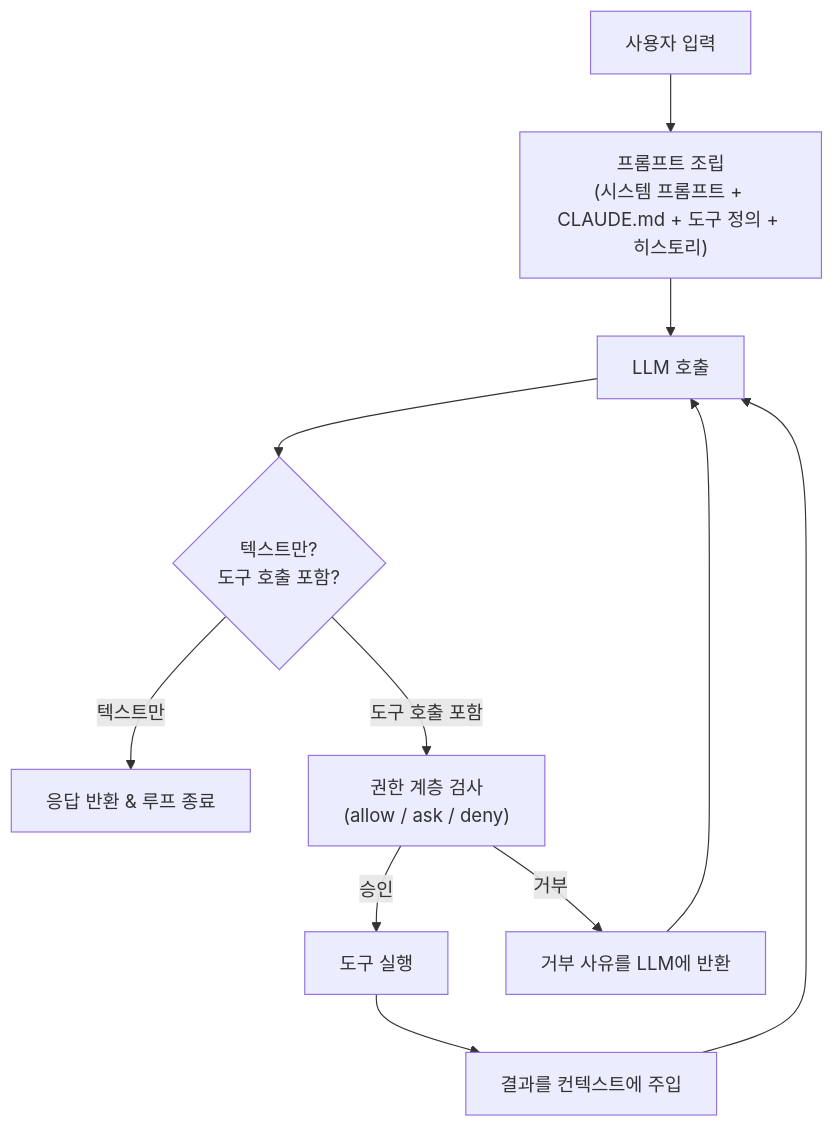
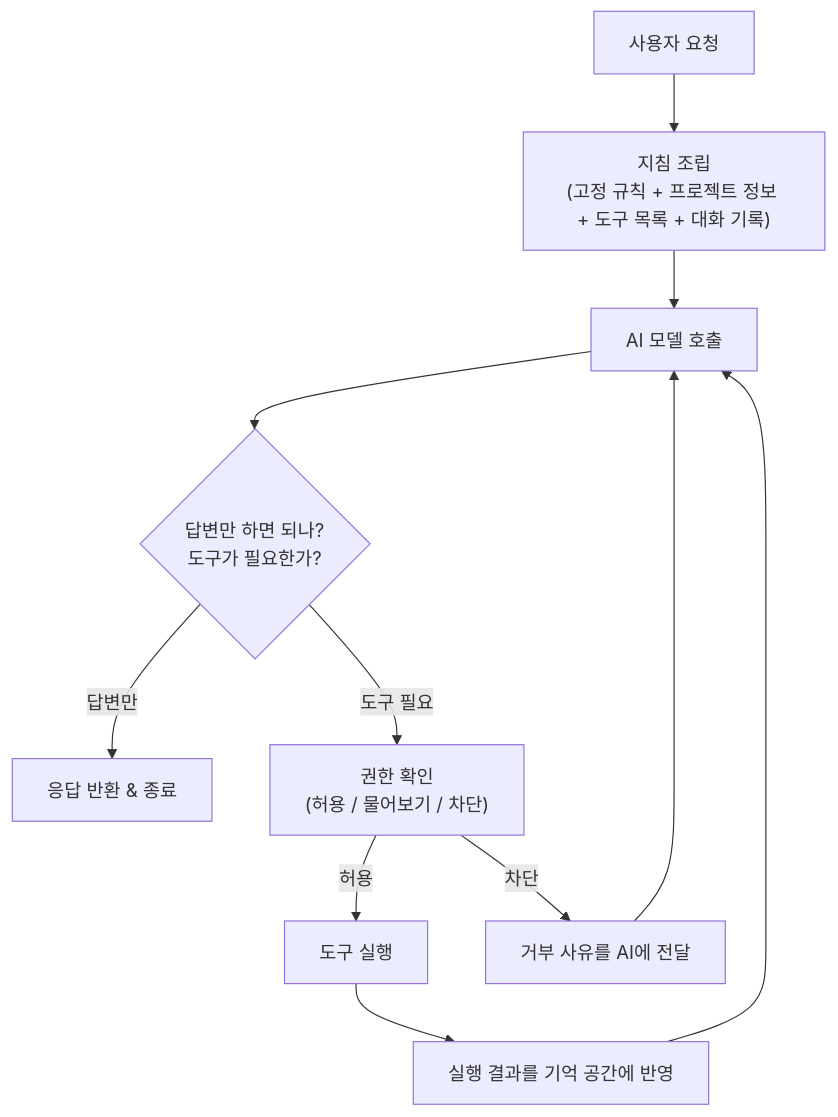
Before and after one commit to 21-Arbiter/Tech_Storage: the first of 3 diagrams in 기술동향/2026-07-21-claude-code-harness.md, drawn with Mermaid. The commit also changed other lines of this file, not shown here.

Commit message:
기술동향: Claude 특정 내용에서 하네스 엔지니어링 일반 개념으로 재구성, 팀 실전 사례 추가

````diff
--- a/기술동향/2026-07-21-claude-code-harness.md
+++ b/기술동향/2026-07-21-claude-code-harness.md
@@ -30,13 +42,13 @@
 ```mermaid
 flowchart TD
-    A[사용자 입력] --> B["프롬프트 조립<br/>(시스템 프롬프트 + CLAUDE.md + 도구 정의 + 히스토리)"]
-    B --> C[LLM 호출]
-    C --> D{텍스트만?<br/>도구 호출 포함?}
-    D -->|텍스트만| E[응답 반환 & 루프 종료]
-    D -->|도구 호출 포함| F["권한 계층 검사<br/>(allow / ask / deny)"]
-    F -->|승인| G[도구 실행]
-    F -->|거부| H[거부 사유를 LLM에 반환]
-    G --> I[결과를 컨텍스트에 주입]
+    A[사용자 요청] --> B["지침 조립<br/>(고정 규칙 + 프로젝트 정보 + 도구 목록 + 대화 기록)"]
+    B --> C[AI 모델 호출]
+    C --> D{답변만 하면 되나?<br/>도구가 필요한가?}
+    D -->|답변만| E[응답 반환 & 종료]
+    D -->|도구 필요| F["권한 확인<br/>(허용 / 물어보기 / 차단)"]
+    F -->|허용| G[도구 실행]
+    F -->|차단| H[거부 사유를 AI에 전달]
+    G --> I[실행 결과를 기억 공간에 반영]
     H --> C
     I --> C
 ```
````
